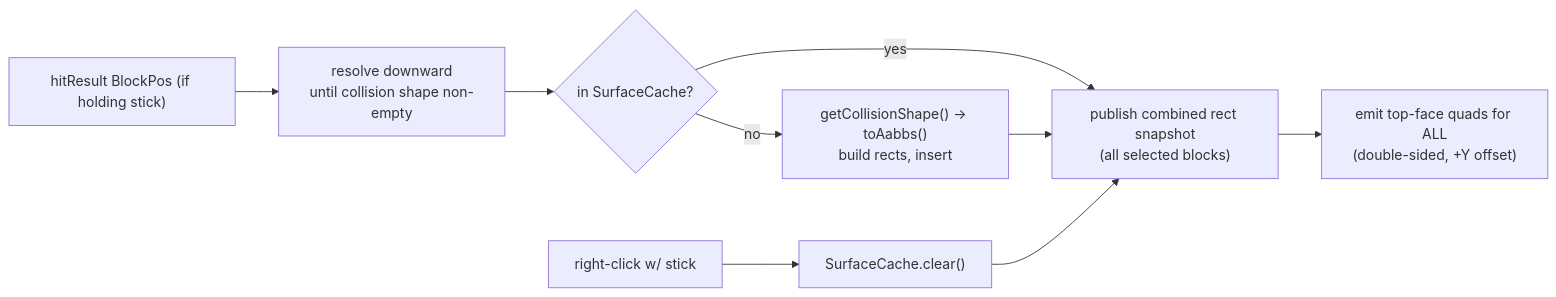
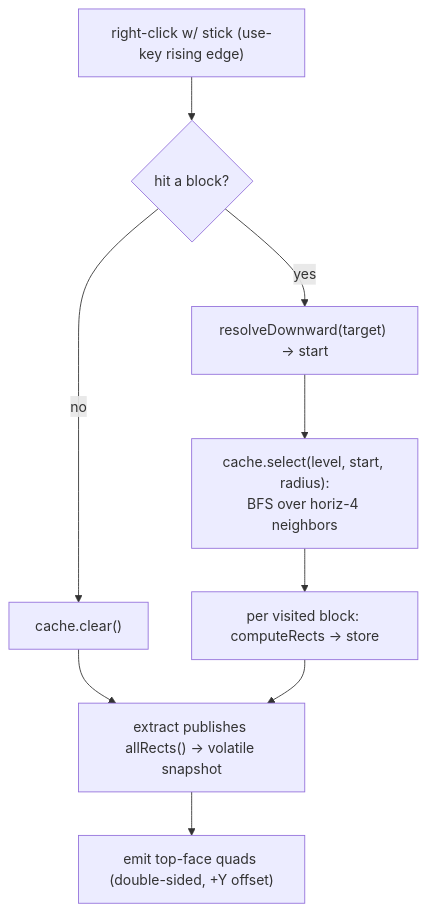
Before and after one commit to colinsmao/hbox-test: the diagram in PLAN.md, drawn with Mermaid. The commit also changed other lines of this file, not shown here.

Commit message:
Plan: stick trigger + standable-surface flood fill

````diff
--- a/PLAN.md
+++ b/PLAN.md
@@ -104,11 +43,11 @@
 ```mermaid
-flowchart LR
-  hit["hitResult BlockPos (if holding stick)"] --> resolve["resolve downward<br/>until collision shape non-empty"]
-  resolve --> cache{"in SurfaceCache?"}
-  cache -->|"yes"| snap
-  cache -->|"no"| shape["getCollisionShape() -> toAabbs()<br/>build rects, insert"]
-  shape --> snap["publish combined rect snapshot<br/>(all selected blocks)"]
-  rightclick["right-click w/ stick"] --> clear["SurfaceCache.clear()"]
-  clear --> snap
-  snap --> emit["emit top-face quads for ALL<br/>(double-sided, +Y offset)"]
+flowchart TD
+  rc["right-click w/ stick (use-key rising edge)"] --> hit{"hit a block?"}
+  hit -->|"no"| clr["cache.clear()"]
+  hit -->|"yes"| res["resolveDownward(target) -> start"]
+  res --> flood["cache.select(level, start, radius):<br/>BFS over horiz-4 neighbors"]
+  flood --> store["per visited block: computeRects -> store"]
+  clr --> pub
+  store --> pub["extract publishes allRects() -> volatile snapshot"]
+  pub --> emit["emit top-face quads (double-sided, +Y offset)"]
 ```
````
